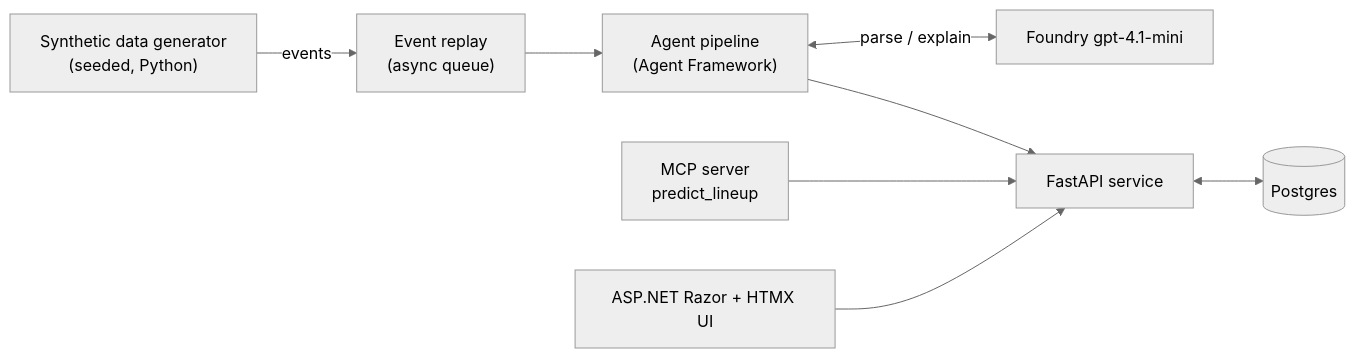
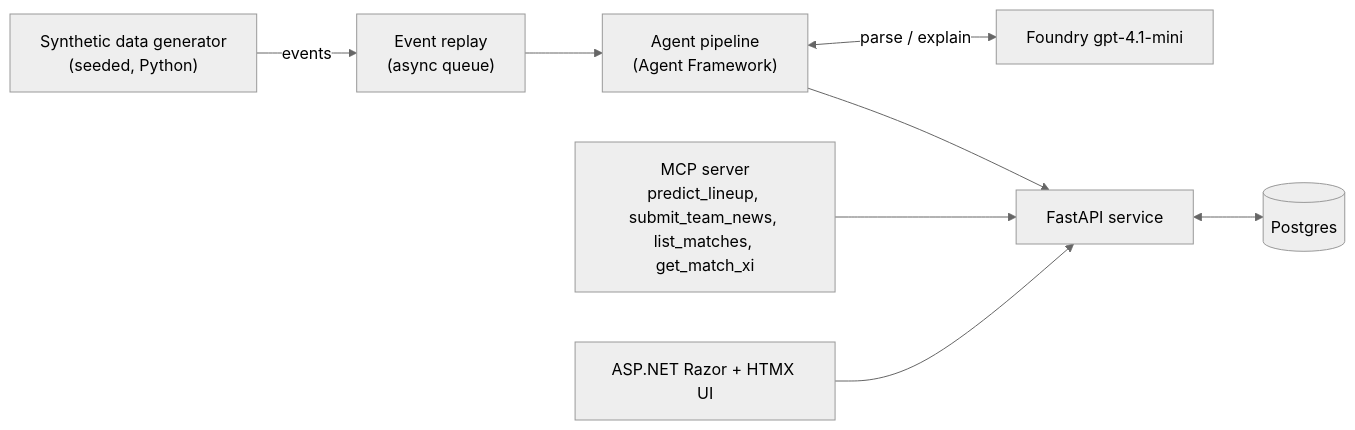
Before and after one commit to ewyuen/lineup-oracle: the first of 3 diagrams in ARCHITECTURE.md, drawn with Mermaid (neutral theme). The commit also changed other lines of this file and 1 other file, not shown here.

Commit message:
Record MCP server role: thin adapter with four tools

````diff
--- a/ARCHITECTURE.md
+++ b/ARCHITECTURE.md
@@ -11,10 +11,10 @@
 ```mermaid
 flowchart LR
     Gen["Synthetic data generator<br/>(seeded, Python)"] -->|events| Replay["Event replay<br/>(async queue)"]
     Replay --> Pipe["Agent pipeline<br/>(Agent Framework)"]
     Pipe <-->|parse / explain| LLM["Foundry gpt-4.1-mini"]
     Pipe --> API["FastAPI service"]
     API <--> DB[("Postgres")]
-    MCP["MCP server<br/>predict_lineup"] --> API
+    MCP["MCP server<br/>predict_lineup, submit_team_news, list_matches, get_match_xi"] --> API
     UI["ASP.NET Razor + HTMX UI"] --> API
 ```
````
